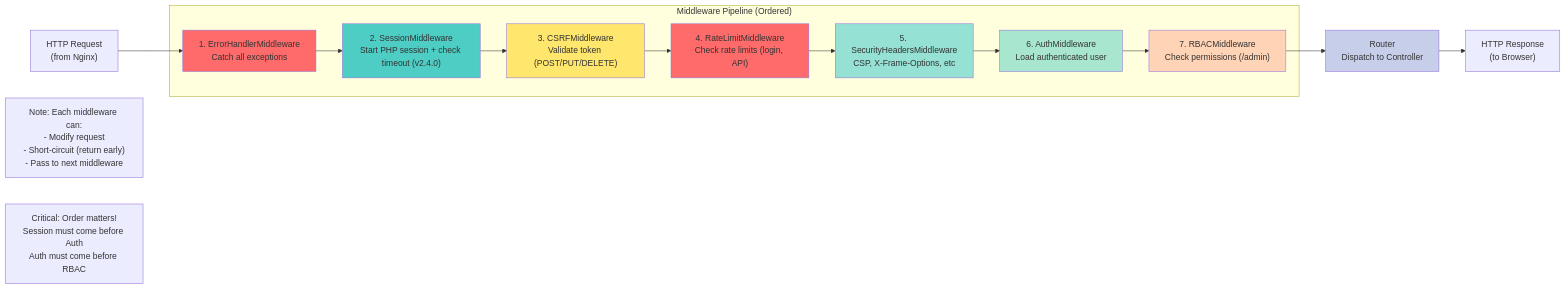
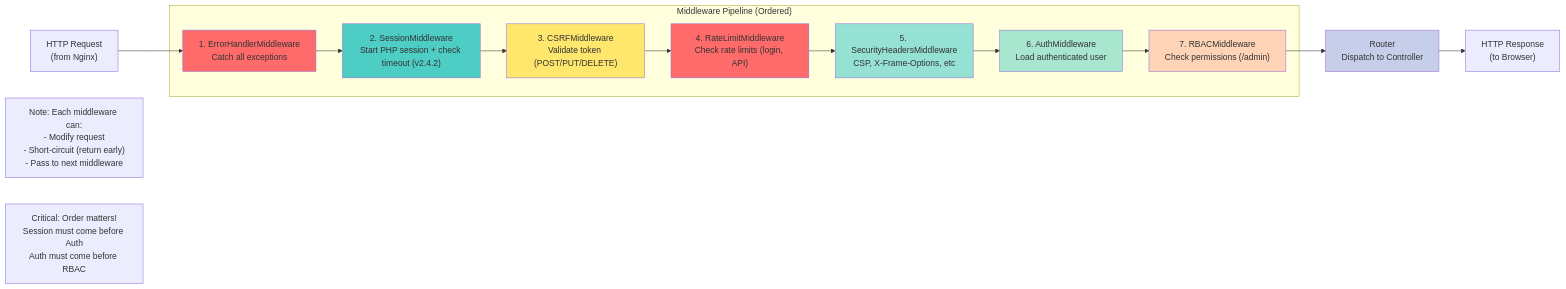
One commit to SLAED-CMS/LAAS changed the diagram in docs/diagrams/middleware-pipeline.mmd. Above: the diagram before and after it, drawn with Mermaid. The commit also changed 8 other files, not shown here.

First line of the commit message:
docs(versions): update to v2.4.2 - asset architecture & frontend separation

```diff
--- a/docs/diagrams/middleware-pipeline.mmd
+++ b/docs/diagrams/middleware-pipeline.mmd
@@ -1,41 +1,41 @@
 graph LR
-    %% LAAS CMS v2.4.0 - Middleware Pipeline
+    %% LAAS CMS v2.4.2 - Middleware Pipeline
     %% 7 middlewares in strict order (Session before Auth, Auth before RBAC)
-    %% Security: CSRF, Rate Limiting, CSP, HSTS, RBAC, API Auth, Session Timeout (v2.4.0)
+    %% Security: CSRF, Rate Limiting, CSP, HSTS, RBAC, API Auth, Session Timeout (v2.4.2)
     %% Performance: Total overhead 5-10ms
-    %% Version: v2.4.0 (2026-01-07)
+    %% Version: v2.4.2 (2026-01-10)
 
     Request["HTTP Request<br/>(from Nginx)"] --> ErrorHandler
 
     subgraph Pipeline["Middleware Pipeline (Ordered)"]
         ErrorHandler["1. ErrorHandlerMiddleware<br/>Catch all exceptions"]
-        Session["2. SessionMiddleware<br/>Start PHP session + check timeout (v2.4.0)"]
+        Session["2. SessionMiddleware<br/>Start PHP session + check timeout (v2.4.2)"]
         CSRF["3. CSRFMiddleware<br/>Validate token (POST/PUT/DELETE)"]
         RateLimit["4. RateLimitMiddleware<br/>Check rate limits (login, API)"]
         Security["5. SecurityHeadersMiddleware<br/>CSP, X-Frame-Options, etc"]
         Auth["6. AuthMiddleware<br/>Load authenticated user"]
         RBAC["7. RBACMiddleware<br/>Check permissions (/admin)"]
 
         ErrorHandler --> Session
         Session --> CSRF
         CSRF --> RateLimit
         RateLimit --> Security
         Security --> Auth
         Auth --> RBAC
     end
 
     RBAC --> Router["Router<br/>Dispatch to Controller"]
     Router --> Response["HTTP Response<br/>(to Browser)"]
 
     style ErrorHandler fill:#ff6b6b
     style Session fill:#4ecdc4
     style CSRF fill:#ffe66d
     style RateLimit fill:#ff6b6b
     style Security fill:#95e1d3
     style Auth fill:#a8e6cf
     style RBAC fill:#ffd3b6
     style Router fill:#c7ceea
 
     %% Notes
     Note1["Note: Each middleware can:<br/>- Modify request<br/>- Short-circuit (return early)<br/>- Pass to next middleware"]
     Note2["Critical: Order matters!<br/>Session must come before Auth<br/>Auth must come before RBAC"]
```
